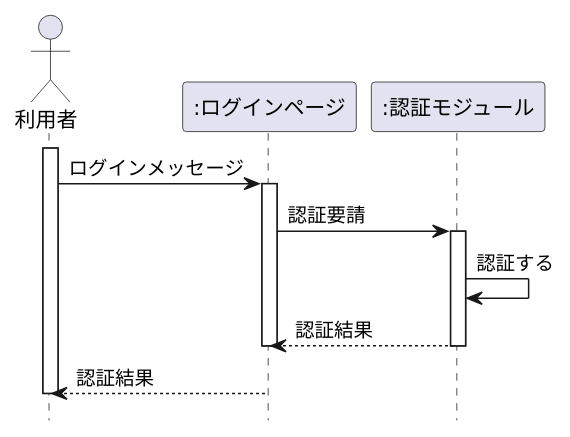
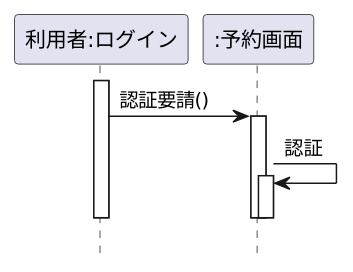
The diagram in 演習4-2_SD_利用者と予約画面.pu (ponkotu1/uml-introduction), drawn with PlantUML before and after one commit. The commit also changed 1 other file, not shown here.

```diff
--- a/演習4-2_SD_利用者と予約画面.pu
+++ b/演習4-2_SD_利用者と予約画面.pu
@@ -1,17 +1,13 @@
 @startuml 演習4-2
 hide footbox
-actor 利用者 as customer
-participant ":ログインページ" as login
-participant ":認証モジュール" as Module
-activate customer
-customer -> login:ログインメッセージ
+participant "利用者:ログイン" as login
+participant ":予約画面" as Module
 activate login
-login -> Module:認証要請
+login -> Module:認証要請()
 activate Module
-Module -> Module:認証する
-login <-- Module:認証結果
+Module -> Module: 認証
+activate Module
+deactivate Module
 deactivate Module
 deactivate login
-customer <-- login:認証結果
-deactivate customer
 @enduml
```
